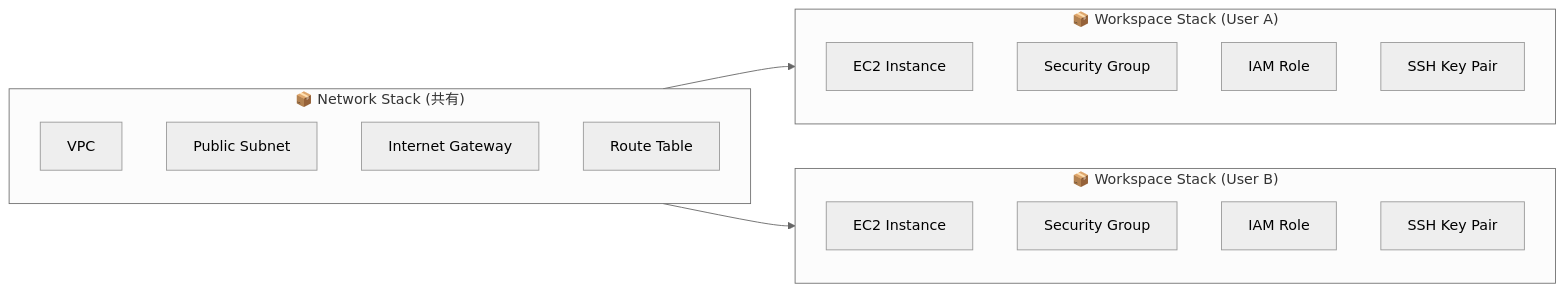
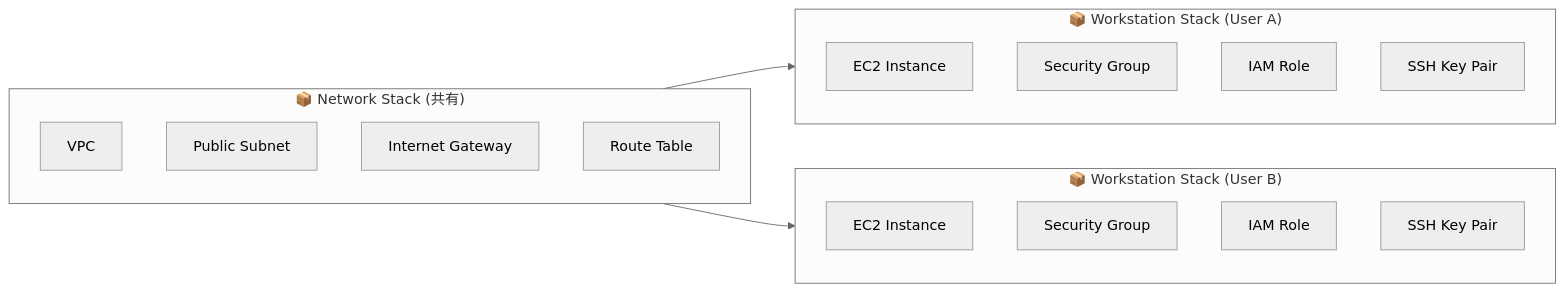
The second of 4 diagrams in README.md (sukekyo26/ec2-workstation), drawn with Mermaid (neutral theme) before and after one commit. The commit also changed other lines of this file and 23 other files, not shown here.

Commit message:
refactor: rename workspace terminology to workstation across the codebase

````diff
--- a/README.md
+++ b/README.md
@@ -60,26 +60,26 @@
 ```mermaid
 flowchart LR
     subgraph NetworkStack["📦 Network Stack (共有)"]
         VPC["VPC"]
         Subnet["Public Subnet"]
         IGW["Internet Gateway"]
         RT["Route Table"]
     end
 
-    subgraph WorkspaceA["📦 Workspace Stack (User A)"]
+    subgraph WorkstationA["📦 Workstation Stack (User A)"]
         EC2A["EC2 Instance"]
         SGA["Security Group"]
         IAMA["IAM Role"]
         KPA["SSH Key Pair"]
     end
 
-    subgraph WorkspaceB["📦 Workspace Stack (User B)"]
+    subgraph WorkstationB["📦 Workstation Stack (User B)"]
         EC2B["EC2 Instance"]
         SGB["Security Group"]
         IAMB["IAM Role"]
         KPB["SSH Key Pair"]
     end
 
-    NetworkStack --> WorkspaceA
-    NetworkStack --> WorkspaceB
+    NetworkStack --> WorkstationA
+    NetworkStack --> WorkstationB
 ```
````
